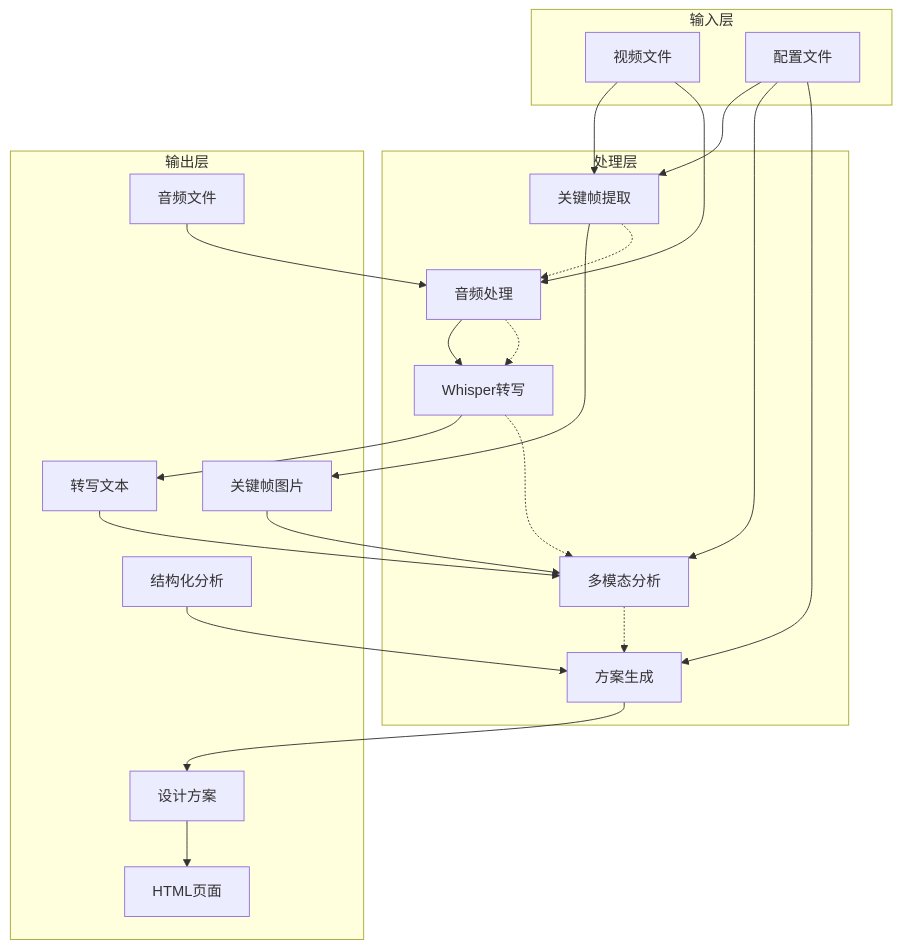
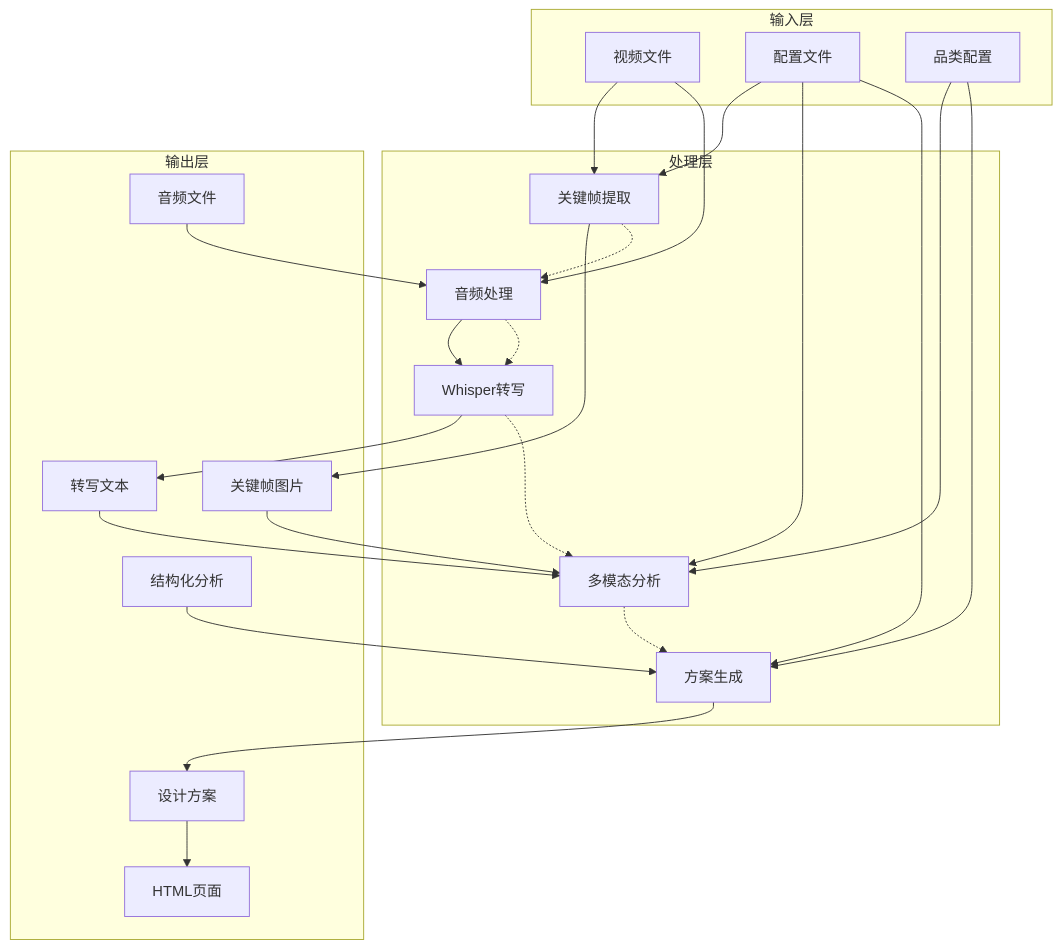
One commit to WongMingJiu/landingpage-test-hero-page changed the first of 14 diagrams in .qoder/repowiki/zh/content/核心模块详解/核心模块详解.md. Above: the diagram before and after it, drawn with Mermaid. The commit also changed other lines of this file and 6 other files, not shown here.

````diff
--- a/.qoder/repowiki/zh/content/核心模块详解/核心模块详解.md
+++ b/.qoder/repowiki/zh/content/核心模块详解/核心模块详解.md
@@ -35,40 +43,43 @@
 ```mermaid
 graph TB
 subgraph "输入层"
 VIDEO[视频文件]
 CONFIG[配置文件]
+CATEGORY[品类配置]
 end
 subgraph "处理层"
 EXTRACT[关键帧提取]
 AUDIO[音频处理]
 WHISPER[Whisper转写]
 ANALYZE[多模态分析]
 GENERATE[方案生成]
 end
 subgraph "输出层"
 FRAMES[关键帧图片]
 AUDIO_OUT[音频文件]
 TRANSCRIPT[转写文本]
 ANALYSIS[结构化分析]
 DESIGN[设计方案]
 HTML[HTML页面]
 end
 VIDEO --> EXTRACT
 CONFIG --> EXTRACT
+CATEGORY --> ANALYZE
 VIDEO --> AUDIO
 AUDIO --> WHISPER
 EXTRACT --> FRAMES
 AUDIO_OUT --> AUDIO
 WHISPER --> TRANSCRIPT
 FRAMES --> ANALYZE
 TRANSCRIPT --> ANALYZE
 ANALYSIS --> GENERATE
 CONFIG --> ANALYZE
 CONFIG --> GENERATE
+CATEGORY --> GENERATE
 GENERATE --> DESIGN
 DESIGN --> HTML
 EXTRACT -.-> AUDIO
 AUDIO -.-> WHISPER
 WHISPER -.-> ANALYZE
 ANALYZE -.-> GENERATE
 ```
````
